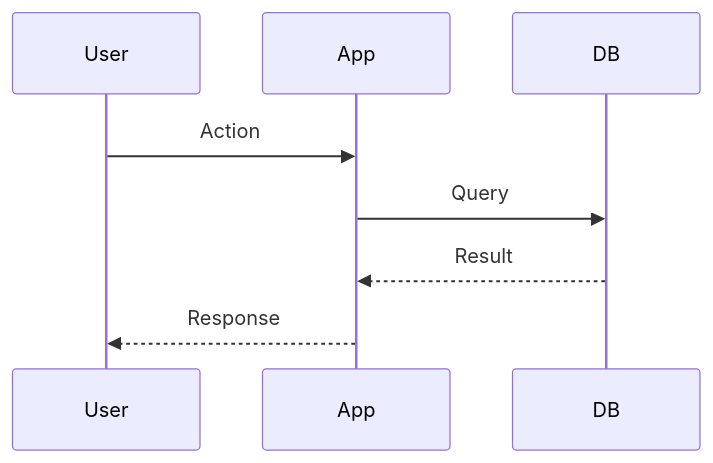
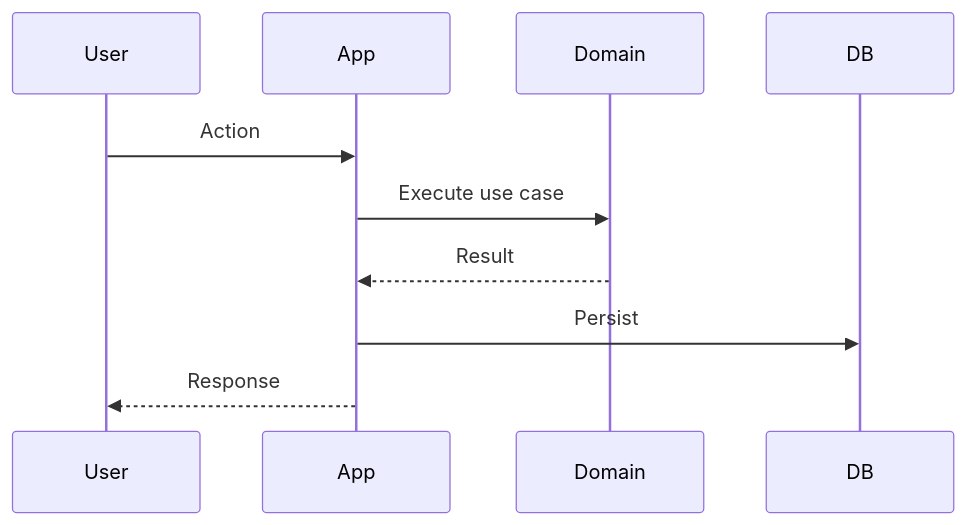
Before and after one commit to hakanappelgren/project-template: the third of 3 diagrams in docs/ARCHITECTURE.md, drawn with Mermaid. The commit also changed other lines of this file and 36 other files, not shown here.

````diff
--- a/docs/ARCHITECTURE.md
+++ b/docs/ARCHITECTURE.md
@@ -67,11 +85,13 @@
 ```mermaid
 sequenceDiagram
   participant User
   participant App
+  participant Domain
   participant DB
 
   User->>App: Action
-  App->>DB: Query
-  DB-->>App: Result
+  App->>Domain: Execute use case
+  Domain-->>App: Result
+  App->>DB: Persist
   App-->>User: Response
 ```
````
